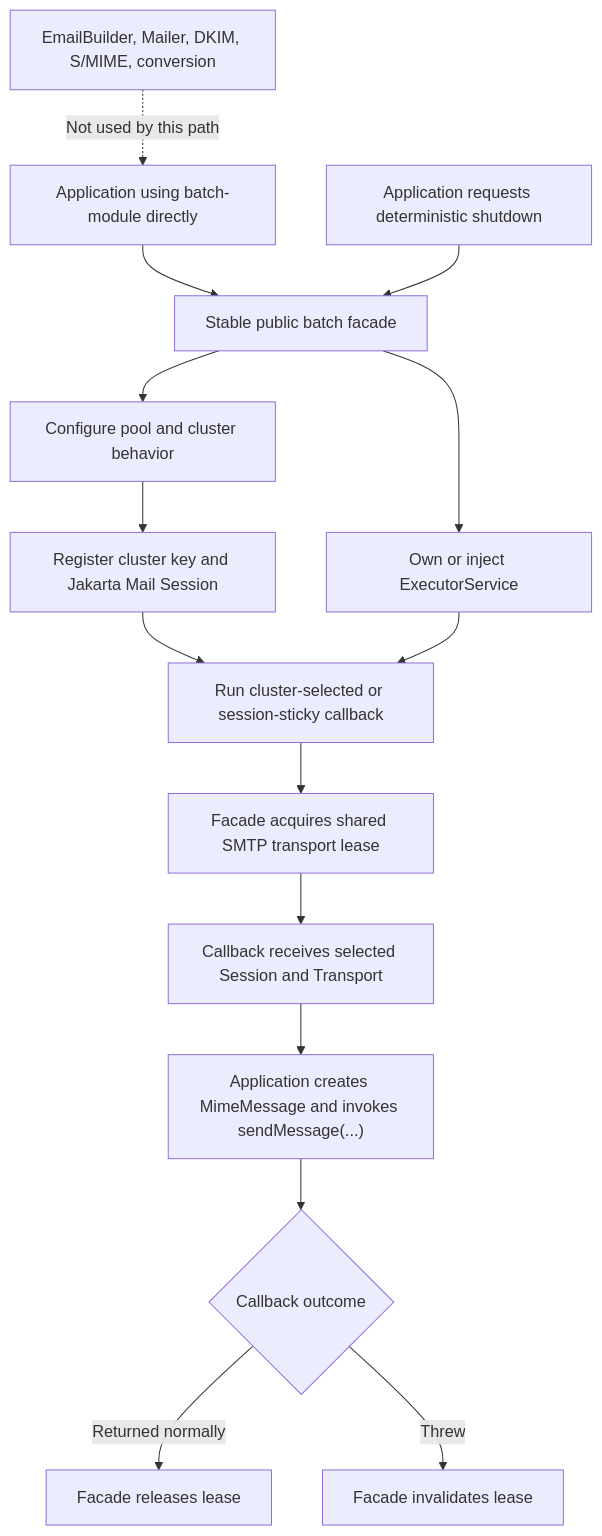
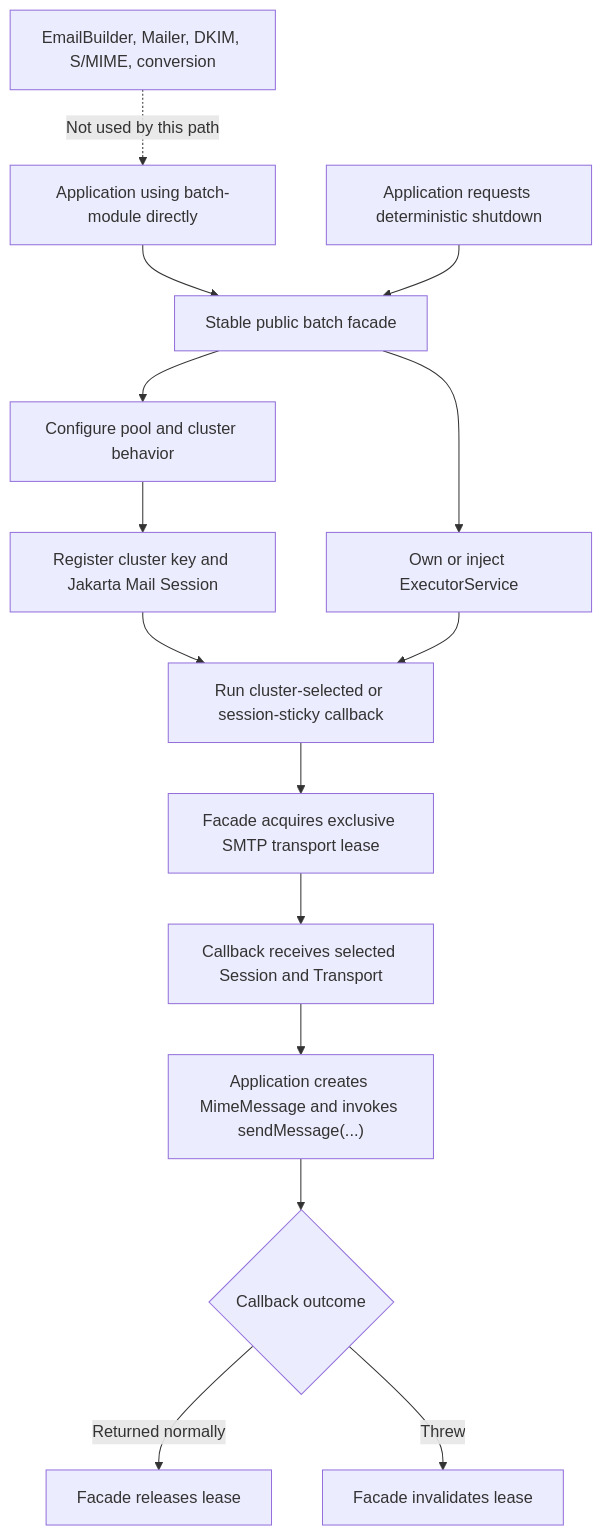
One commit to simple-java-mail/smtp-connection-pool changed the fifth of 5 diagrams in PRODUCT-VISION.md. Above: the diagram before and after it, drawn with Mermaid. The commit also changed other lines of this file and 17 other files, not shown here.

````diff
--- a/PRODUCT-VISION.md
+++ b/PRODUCT-VISION.md
@@ -273,17 +273,17 @@
 ```mermaid
 flowchart TB
     APP["Application using batch-module directly"] --> PUBLIC["Stable public batch facade"]
     PUBLIC --> EXECUTOR["Own or inject ExecutorService"]
     PUBLIC --> CONFIG["Configure pool and cluster behavior"]
     CONFIG --> REGISTER["Register cluster key and Jakarta Mail Session"]
     REGISTER --> CALLBACK["Run cluster-selected or session-sticky callback"]
     EXECUTOR --> CALLBACK
-    CALLBACK --> INTERNAL["Facade acquires shared SMTP transport lease"]
+    CALLBACK --> INTERNAL["Facade acquires exclusive SMTP transport lease"]
     INTERNAL --> CONTEXT["Callback receives selected Session and Transport"]
     CONTEXT --> WORK["Application creates MimeMessage and invokes sendMessage(...)"]
     WORK --> RESULT{"Callback outcome"}
     RESULT -- "Returned normally" --> RELEASE["Facade releases lease"]
     RESULT -- "Threw" --> INVALIDATE["Facade invalidates lease"]
     SHUTDOWN["Application requests deterministic shutdown"] --> PUBLIC
     HIGH_LEVEL["EmailBuilder, Mailer, DKIM, S/MIME, conversion"] -. "Not used by this path" .-> APP
 ```
````
